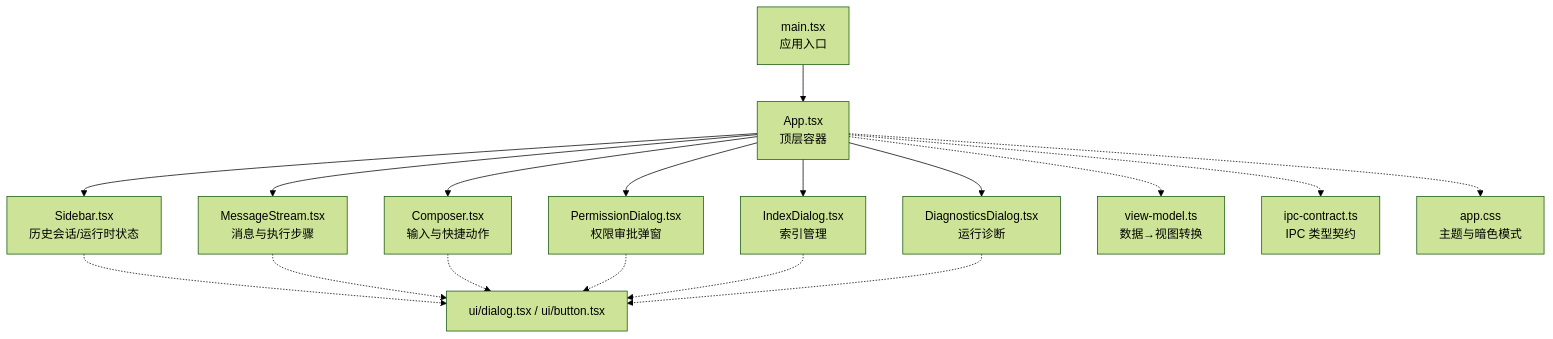
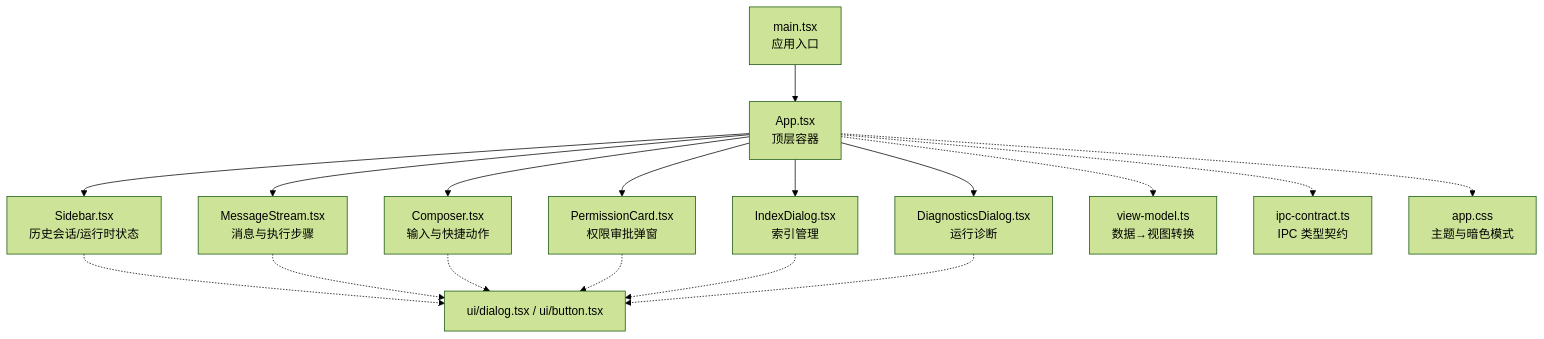
Before and after one commit to Azusa010/personal-agent: the first of 3 diagrams in .repowiki/zh/content/用户界面/用户界面.md, drawn with Mermaid (forest theme). The commit also changed other lines of this file and 88 other files, not shown here.

````diff
--- a/.repowiki/zh/content/用户界面/用户界面.md
+++ b/.repowiki/zh/content/用户界面/用户界面.md
@@ -39,19 +39,19 @@
 ```mermaid
 graph TB
 A["main.tsx<br/>应用入口"] --> B["App.tsx<br/>顶层容器"]
 B --> C["Sidebar.tsx<br/>历史会话/运行时状态"]
 B --> D["MessageStream.tsx<br/>消息与执行步骤"]
 B --> E["Composer.tsx<br/>输入与快捷动作"]
-B --> F["PermissionDialog.tsx<br/>权限审批弹窗"]
+B --> F["PermissionCard.tsx<br/>权限审批弹窗"]
 B --> G["IndexDialog.tsx<br/>索引管理"]
 B --> H["DiagnosticsDialog.tsx<br/>运行诊断"]
 B -.-> I["view-model.ts<br/>数据→视图转换"]
 B -.-> J["ipc-contract.ts<br/>IPC 类型契约"]
 B -.-> K["app.css<br/>主题与暗色模式"]
 C -.-> L["ui/dialog.tsx / ui/button.tsx"]
 D -.-> L
 E -.-> L
 F -.-> L
 G -.-> L
 H -.-> L
 ```
````
